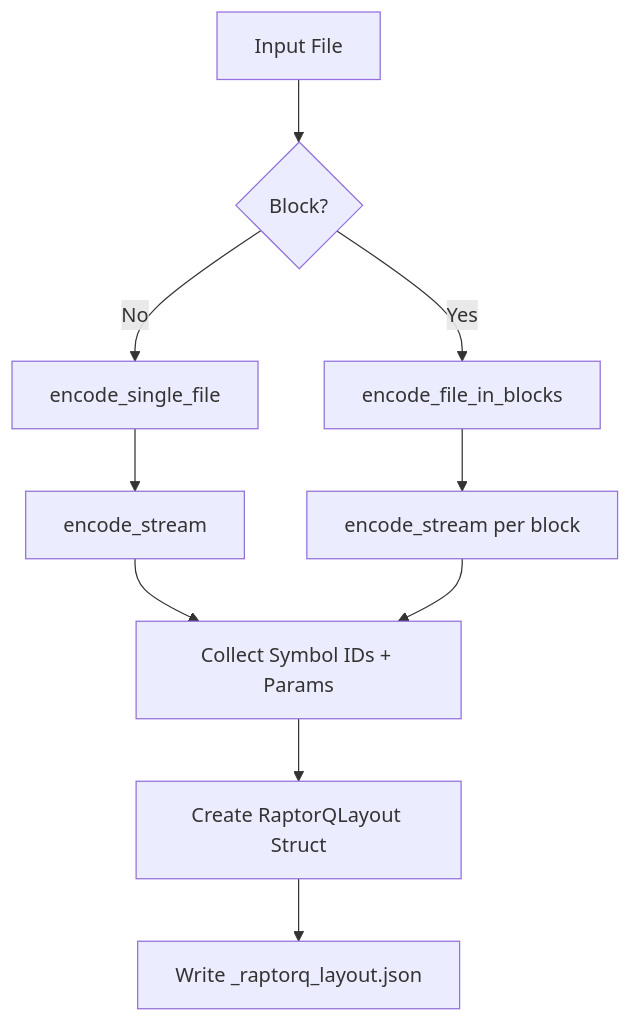
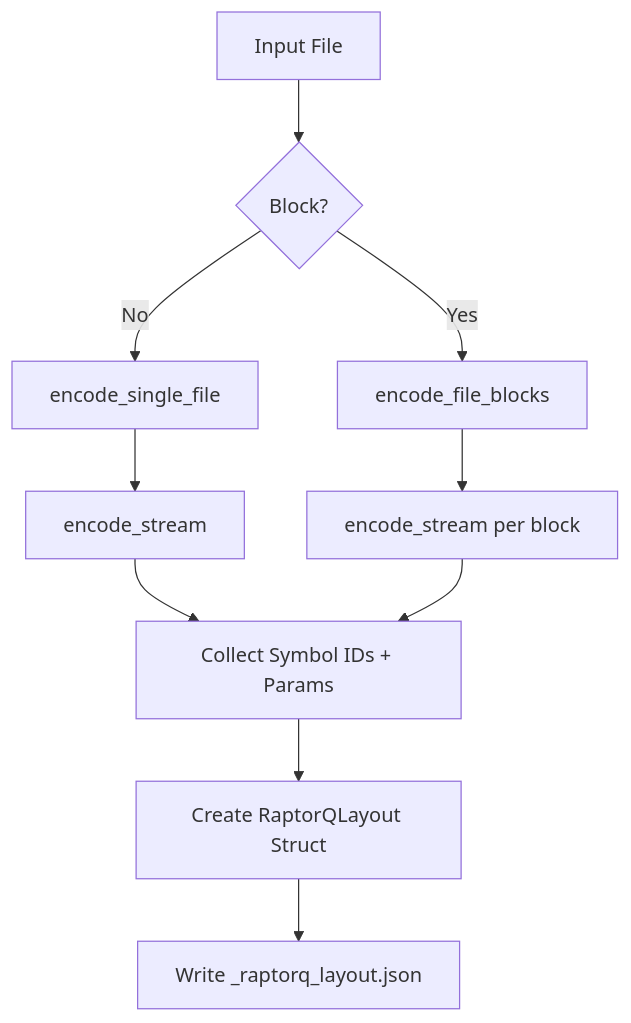
Before and after one commit to LumeraProtocol/rq-library: the first of 2 diagrams in RQ_REDESIGN.md, drawn with Mermaid. The commit also changed other lines of this file and 7 other files, not shown here.

````diff
--- a/RQ_REDESIGN.md
+++ b/RQ_REDESIGN.md
@@ -94,11 +91,11 @@
 ```mermaid
 graph TD
   A[Input File] --> B{Block?}
   B -- No --> C[encode_single_file]
   C --> D[encode_stream]
-  B -- Yes --> E[encode_file_in_blocks]
+  B -- Yes --> E[encode_file_blocks]
   E --> F[encode_stream per block]
   D & F --> G[Collect Symbol IDs + Params]
   G --> H[Create RaptorQLayout Struct]
   H --> I[Write _raptorq_layout.json]
 ```
````
